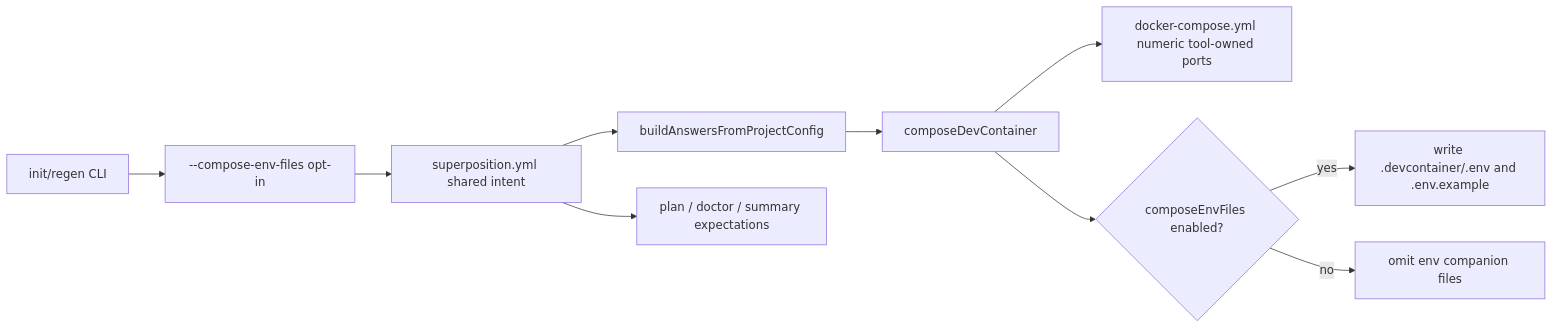
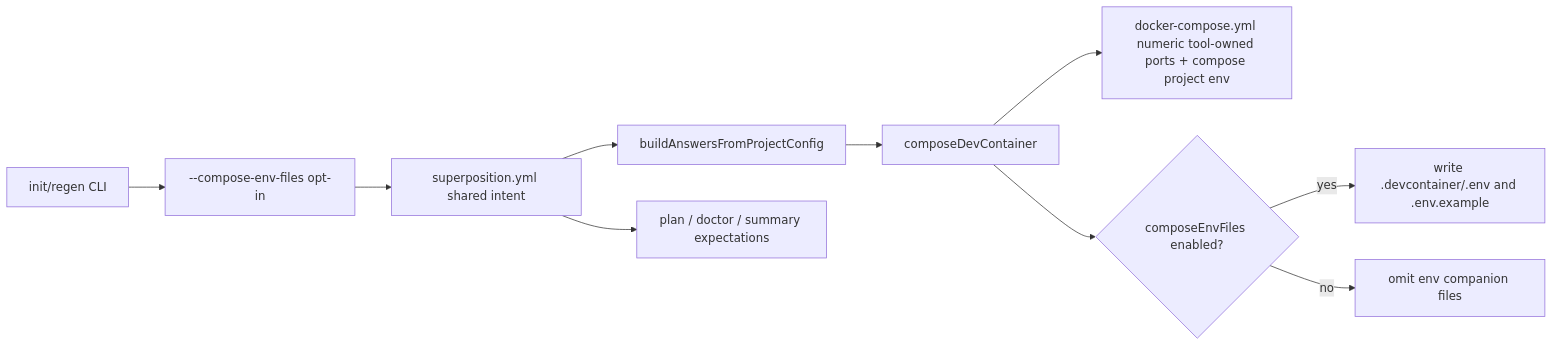
Before and after one commit to veggerby/container-superposition: the diagram in docs/specs/044-deterministic-compose-port-rendering-and-optional-env-files/spec.md, drawn with Mermaid. The commit also changed other lines of this file and 9 other files, not shown here.

First line of the commit message:
Refactor project environment handling in Docker Compose

````diff
--- a/docs/specs/044-deterministic-compose-port-rendering-and-optional-env-files/spec.md
+++ b/docs/specs/044-deterministic-compose-port-rendering-and-optional-env-files/spec.md
@@ -128,12 +136,12 @@
 ```mermaid
 flowchart LR
     CLI[init/regen CLI] --> Flag[--compose-env-files opt-in]
     Flag --> ProjectFile[superposition.yml shared intent]
     ProjectFile --> Answers[buildAnswersFromProjectConfig]
     Answers --> Composer[composeDevContainer]
-    Composer --> Compose[docker-compose.yml numeric tool-owned ports]
+    Composer --> Compose[docker-compose.yml numeric tool-owned ports + compose project env]
     Composer --> EnvArtifacts{composeEnvFiles enabled?}
     EnvArtifacts -->|yes| EnvFiles[write .devcontainer/.env and .env.example]
     EnvArtifacts -->|no| NoEnvFiles[omit env companion files]
     ProjectFile --> PlanDoctor[plan / doctor / summary expectations]
 ```
````
